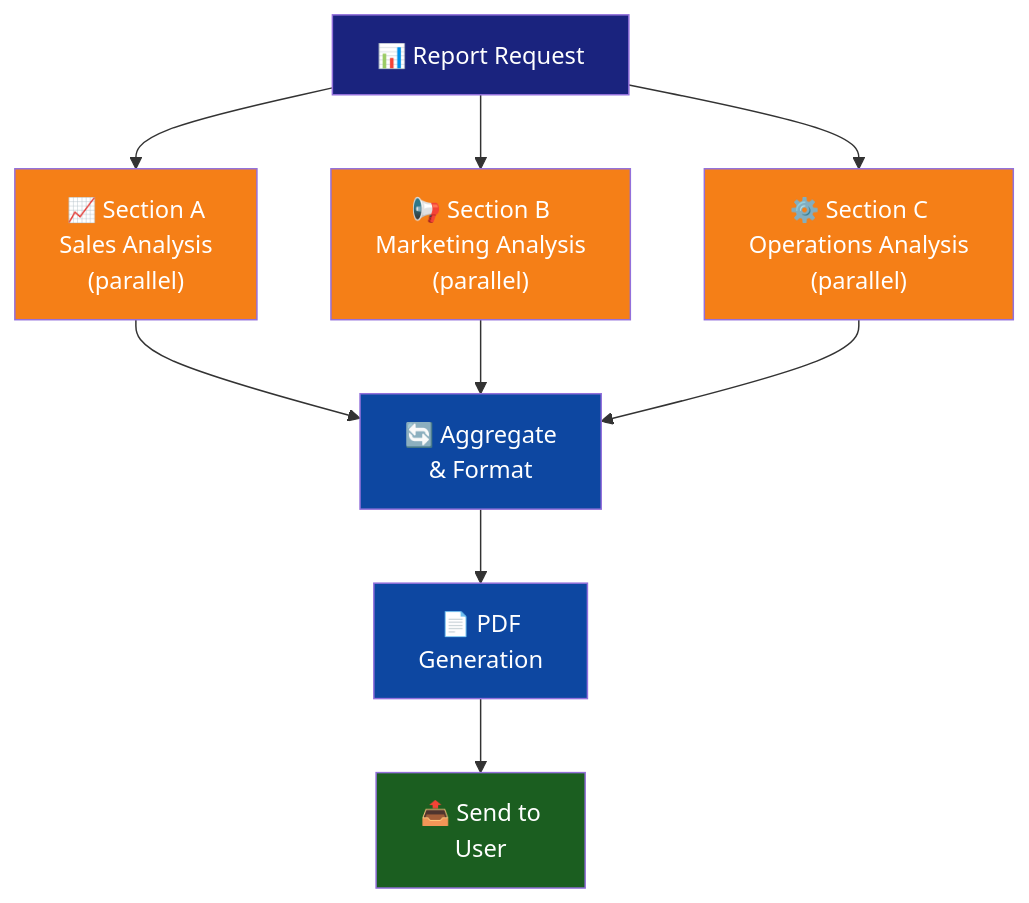
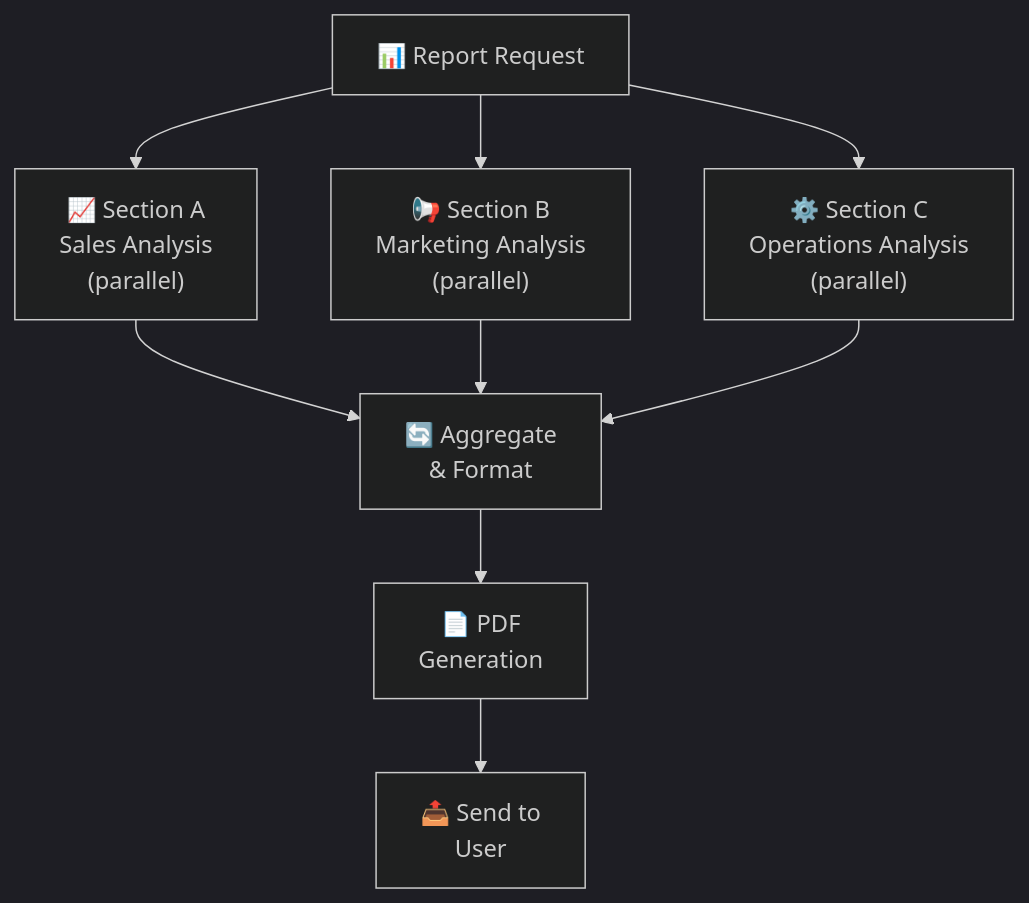
The seventh of 13 diagrams in README.md (Singularity-ng/singularity-workflows), drawn with Mermaid before and after one commit. The commit also changed other lines of this file, not shown here.

First line of the commit message:
Use Mermaid's built-in dark theme for all diagrams

````diff
--- a/README.md
+++ b/README.md
@@ -202,23 +164,16 @@
 ```mermaid
+%%{init: {'theme':'dark'}}%%
 graph TB
     A["📊 Report Request"]
 
     A --> B["📈 Section A<br/>Sales Analysis<br/>(parallel)"]
     A --> C["📢 Section B<br/>Marketing Analysis<br/>(parallel)"]
     A --> D["⚙️ Section C<br/>Operations Analysis<br/>(parallel)"]
 
     B --> E["🔄 Aggregate<br/>& Format"]
     C --> E
     D --> E
 
     E --> F["📄 PDF<br/>Generation"]
     F --> G["📤 Send to<br/>User"]
-
-    style A fill:#1a237e,color:#fff
-    style B fill:#f57f17,color:#fff
-    style C fill:#f57f17,color:#fff
-    style D fill:#f57f17,color:#fff
-    style E fill:#0d47a1,color:#fff
-    style F fill:#0d47a1,color:#fff
-    style G fill:#1b5e20,color:#fff
 ```
````
